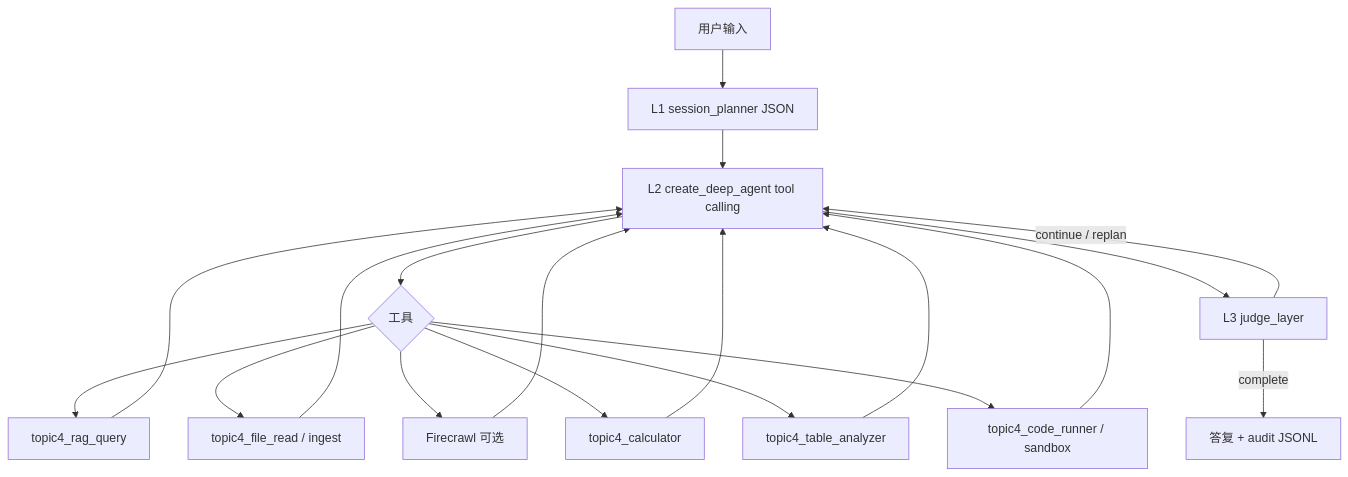
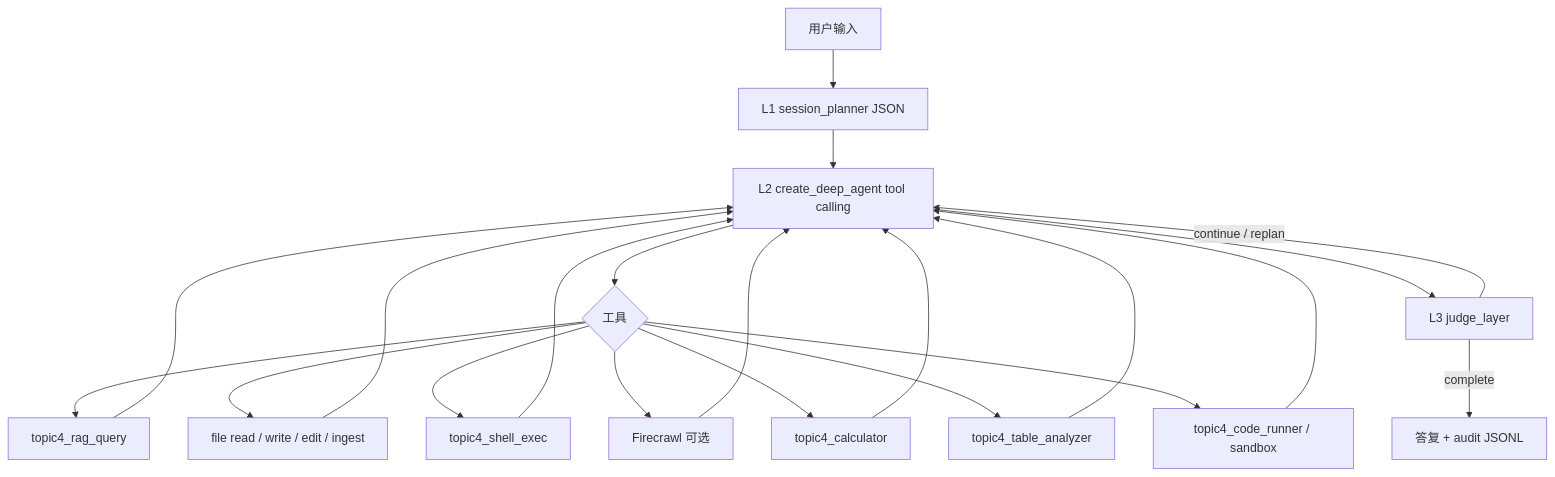
One commit to QQQ-QWQ/Agentic-RAG-Evaluation changed the second of 2 diagrams in docs/ARCHITECTURE.md. Above: the diagram before and after it, drawn with Mermaid. The commit also changed other lines of this file and 16 other files, not shown here.

````diff
--- a/docs/ARCHITECTURE.md
+++ b/docs/ARCHITECTURE.md
@@ -216,21 +219,23 @@
 ```mermaid
 flowchart TB
   U[用户输入] --> L1[L1 session_planner JSON]
   L1 --> L2[L2 create_deep_agent tool calling]
   L2 --> T{工具}
   T --> RAG[topic4_rag_query]
-  T --> FILE[topic4_file_read / ingest]
+  T --> FILE[file read / write / edit / ingest]
+  T --> SH[topic4_shell_exec]
   T --> FC[Firecrawl 可选]
   T --> CALC[topic4_calculator]
   T --> TBL[topic4_table_analyzer]
   T --> CODE[topic4_code_runner / sandbox]
   RAG --> L2
   FILE --> L2
+  SH --> L2
   FC --> L2
   CALC --> L2
   TBL --> L2
   CODE --> L2
   L2 --> L3[L3 judge_layer]
   L3 -->|complete| OUT[答复 + audit JSONL]
   L3 -->|continue / replan| L2
 ```
````
